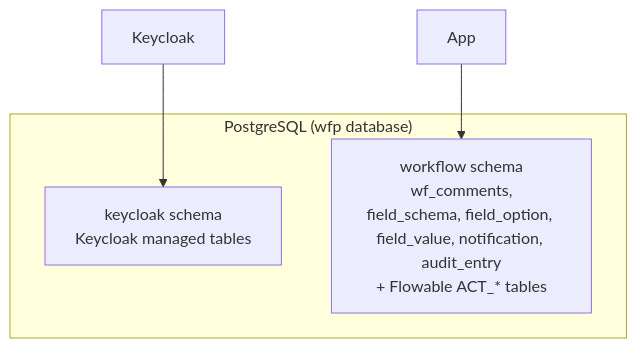
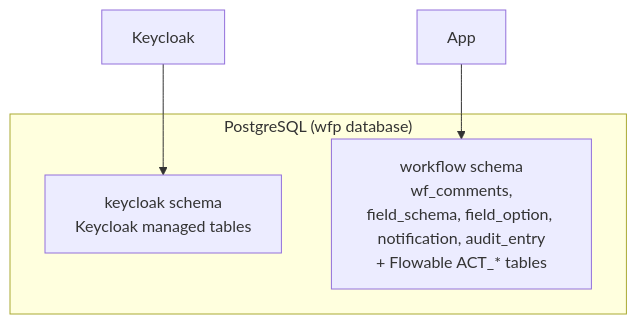
The third of 6 diagrams in docs/architecture/c4-deployment.md (mszalus/workflow-platform), drawn with Mermaid before and after one commit. The commit also changed other lines of this file and 79 other files, not shown here.

````diff
--- a/docs/architecture/c4-deployment.md
+++ b/docs/architecture/c4-deployment.md
@@ -46,10 +91,19 @@
 ```mermaid
+
 flowchart TD
+
     subgraph "PostgreSQL (wfp database)"
+
         KS["keycloak schema<br/>Keycloak managed tables"]
-        WS["workflow schema<br/>wf_comments,<br/>field_schema, field_option, field_value, notification, audit_entry<br/>+ Flowable ACT_* tables"]
+
+        WS["workflow schema<br/>wf_comments,<br/>field_schema, field_option, notification, audit_entry<br/>+ Flowable ACT_* tables"]
+
     end
 
+
+
     KC[Keycloak] --> KS
+
     WF[App] --> WS
+
 ```
````
